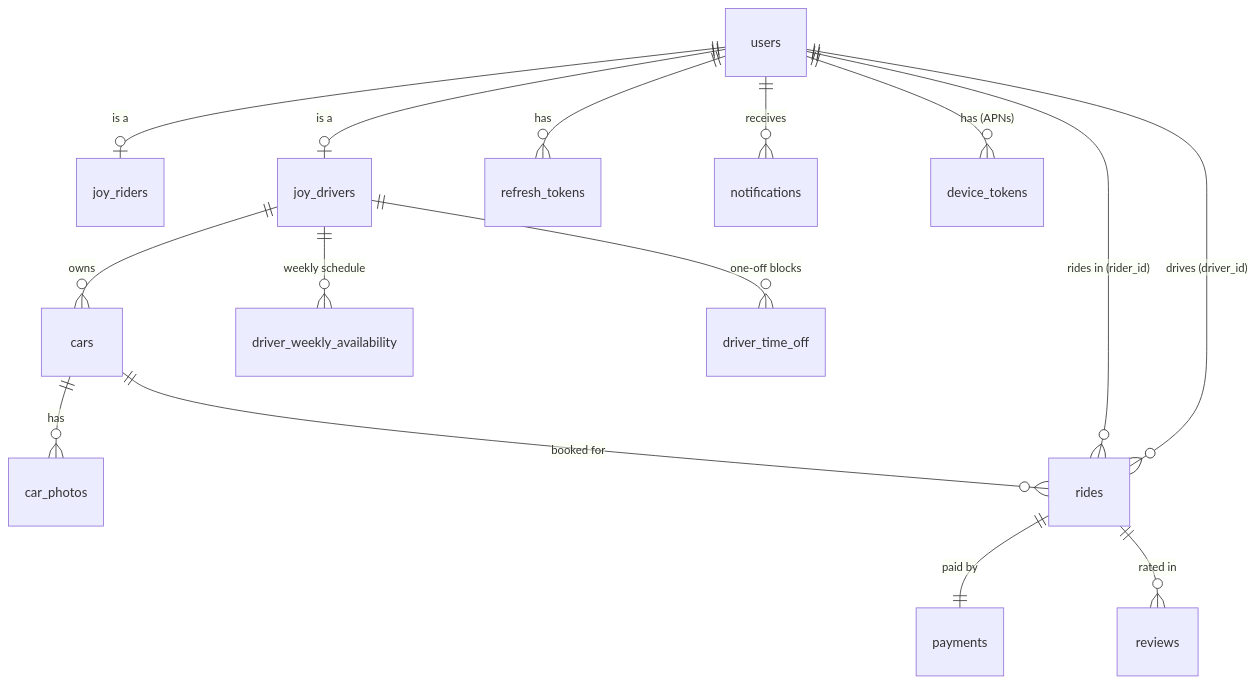
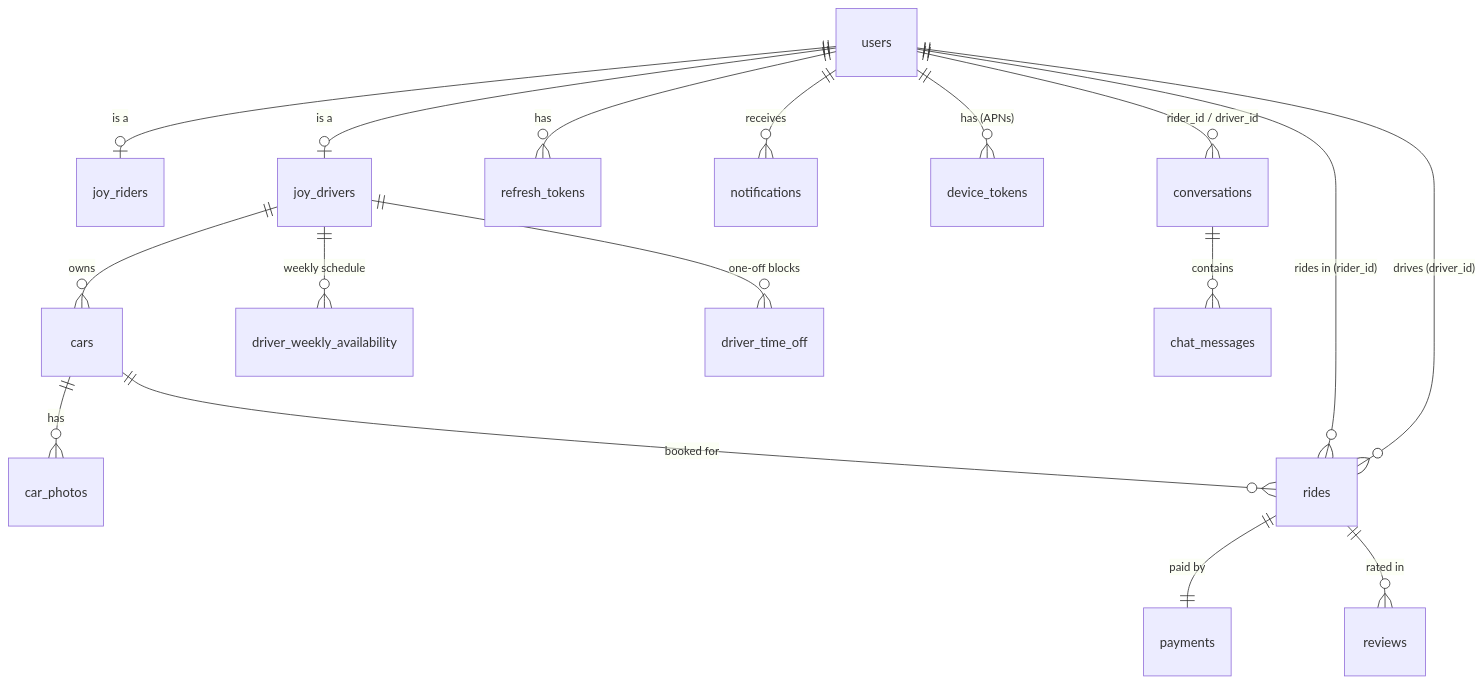
One commit to yesssirskii/joyridr changed the first of 2 diagrams in README.md. Above: the diagram before and after it, drawn with Mermaid. The commit also changed other lines of this file and 13 other files, not shown here.

First line of the commit message:
Add rider-driver chat

````diff
--- a/README.md
+++ b/README.md
@@ -79,17 +80,19 @@
 ```mermaid
 erDiagram
     users ||--o| joy_riders : "is a"
     users ||--o| joy_drivers : "is a"
     users ||--o{ refresh_tokens : has
     users ||--o{ notifications : receives
     users ||--o{ device_tokens : "has (APNs)"
     joy_drivers ||--o{ cars : owns
     joy_drivers ||--o{ driver_weekly_availability : "weekly schedule"
     joy_drivers ||--o{ driver_time_off : "one-off blocks"
     cars ||--o{ car_photos : has
     cars ||--o{ rides : "booked for"
     users ||--o{ rides : "rides in (rider_id)"
     users ||--o{ rides : "drives (driver_id)"
     rides ||--|| payments : "paid by"
     rides ||--o{ reviews : "rated in"
+    users ||--o{ conversations : "rider_id / driver_id"
+    conversations ||--o{ chat_messages : contains
 ```
````
